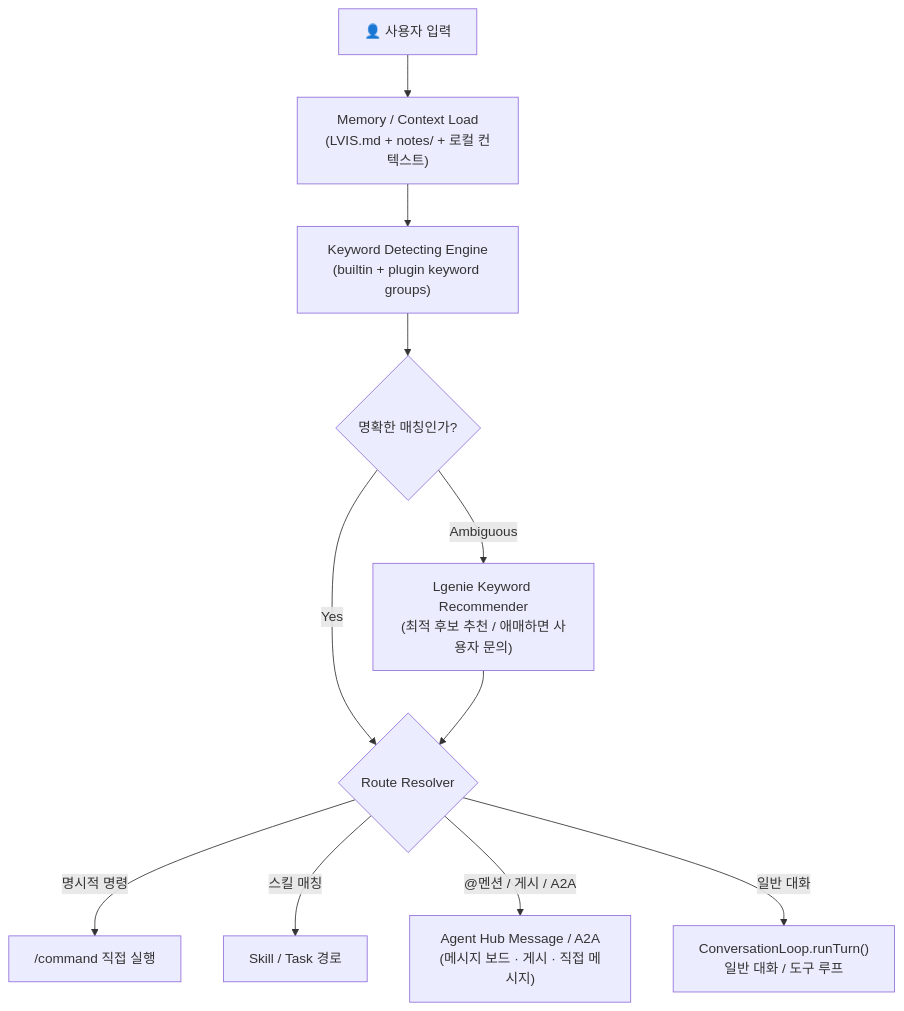
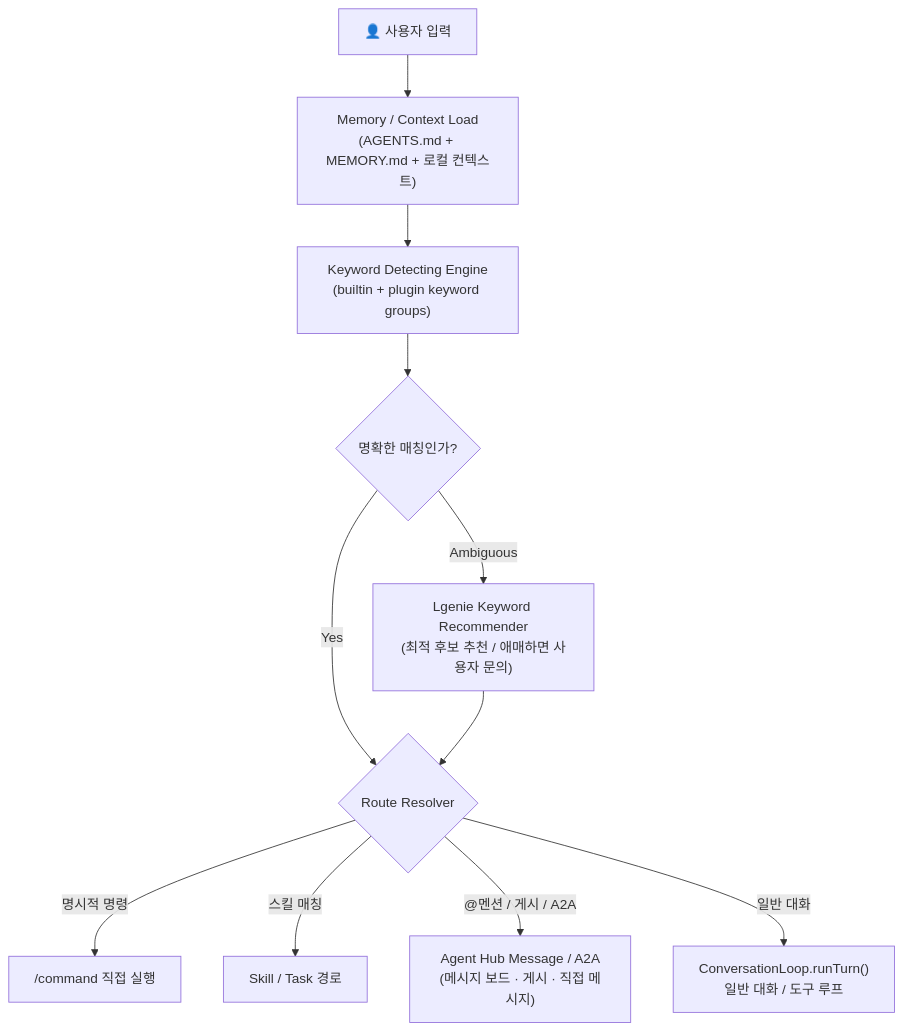
Before and after one commit to lvis-project/lvis-app: the seventh of 44 diagrams in docs/architecture/architecture.md, drawn with Mermaid. The commit also changed other lines of this file and 26 other files, not shown here.

````diff
--- a/docs/architecture/architecture.md
+++ b/docs/architecture/architecture.md
@@ -434,22 +435,22 @@
 ```mermaid
 flowchart TB
     INPUT["👤 사용자 입력"]
-    MEMORY["Memory / Context Load<br/>(LVIS.md + notes/ + 로컬 컨텍스트)"]
+    MEMORY["Memory / Context Load<br/>(AGENTS.md + MEMORY.md + 로컬 컨텍스트)"]
     DETECT["Keyword Detecting Engine<br/>(builtin + plugin keyword groups)"]
     DISAMBIG{"명확한 매칭인가?"}
     RECOMMEND["Lgenie Keyword Recommender<br/>(최적 후보 추천 / 애매하면 사용자 문의)"]
     ROUTE{"Route Resolver"}
 
     COMMAND["/command 직접 실행"]
     SKILL["Skill / Task 경로"]
     AGENT["Agent Hub Message / A2A<br/>(메시지 보드 · 게시 · 직접 메시지)"]
     CHAT["ConversationLoop.runTurn()<br/>일반 대화 / 도구 루프"]
 
     INPUT --> MEMORY --> DETECT --> DISAMBIG
     DISAMBIG -->|"Yes"| ROUTE
     DISAMBIG -->|"Ambiguous"| RECOMMEND --> ROUTE
     ROUTE -->|"명시적 명령"| COMMAND
     ROUTE -->|"스킬 매칭"| SKILL
     ROUTE -->|"@멘션 / 게시 / A2A"| AGENT
     ROUTE -->|"일반 대화"| CHAT
 ```
````
